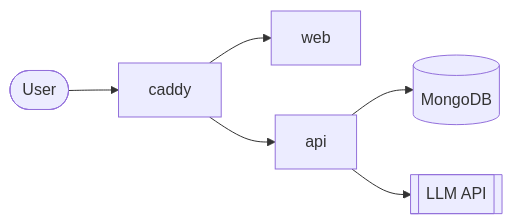
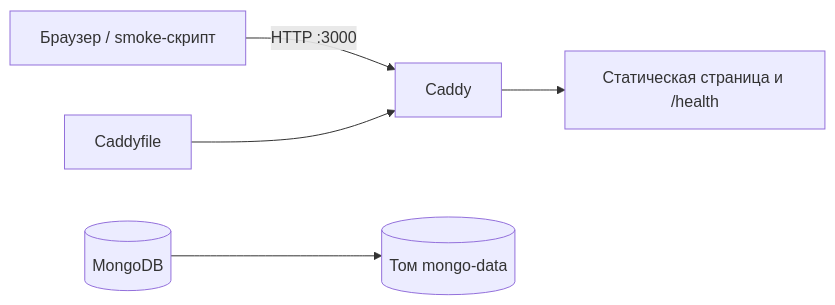
The diagram in README.md (BAITC-Hacks/hack-0592591a-optimus), drawn with Mermaid before and after one commit. The commit also changed other lines of this file and 1 other file, not shown here.

````diff
--- a/README.md
+++ b/README.md
@@ -33,6 +44,7 @@
 ```mermaid
 flowchart LR
-  user([User]) --> caddy[caddy] --> web[web]
-  caddy --> api[api] --> mongo[(MongoDB)]
-  api --> llm[[LLM API]]
+    user[Браузер / smoke-скрипт] -->|HTTP :3000| caddy[Caddy]
+    config[Caddyfile] --> caddy
+    caddy --> response[Статическая страница и /health]
+    mongo[(MongoDB)] --> volume[(Том mongo-data)]
 ```
````
